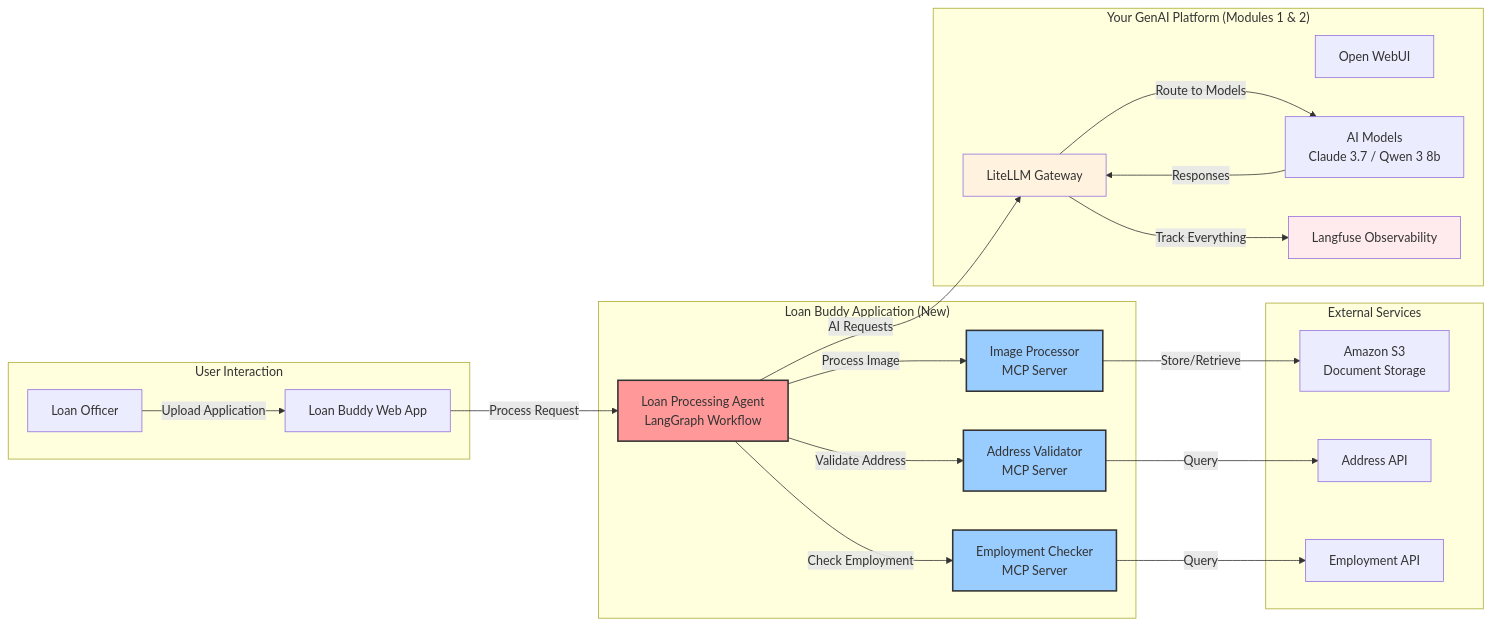
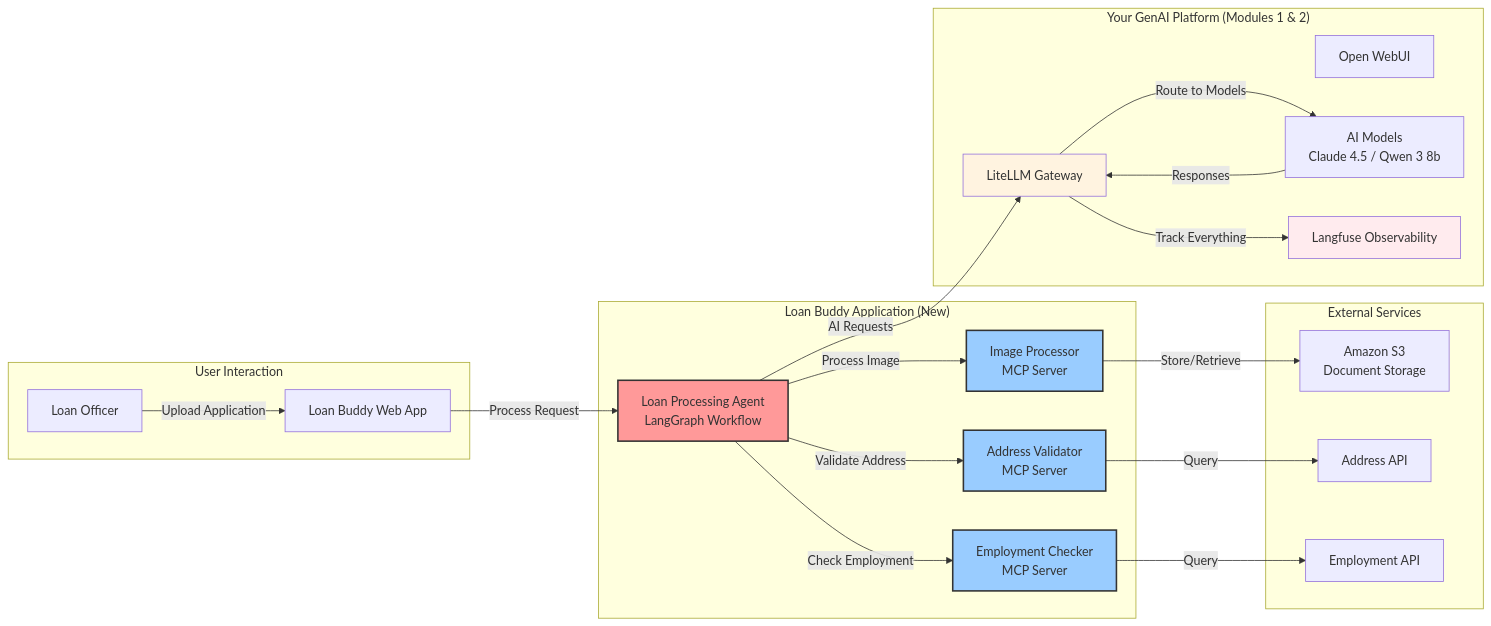
One commit to aws-samples/sample-genai-on-eks-starter-kit changed the diagram in workshops/eks-genai-workshop/content/module3-genai-applications/index.en.md. Above: the diagram before and after it, drawn with Mermaid. The commit also changed other lines of this file and 26 other files, not shown here.

````diff
--- a/workshops/eks-genai-workshop/content/module3-genai-applications/index.en.md
+++ b/workshops/eks-genai-workshop/content/module3-genai-applications/index.en.md
@@ -26,50 +26,50 @@
 ```mermaid
 graph LR
     subgraph "User Interaction"
         USER[Loan Officer]
         APP[Loan Buddy Web App]
     end
     
     subgraph "Your GenAI Platform (Modules 1 & 2)"
         UI[Open WebUI]
         GATEWAY[LiteLLM Gateway]
-        MODELS[AI Models<br/>Claude 3.7 / Qwen 3 8b]
+        MODELS[AI Models<br/>Claude 4.5 / Qwen 3 8b]
         OBS[Langfuse Observability]
     end
     
     subgraph "Loan Buddy Application (New)"
         AGENT[Loan Processing Agent<br/>LangGraph Workflow]
         MCP1[Address Validator<br/>MCP Server]
         MCP2[Employment Checker<br/>MCP Server]
         MCP3[Image Processor<br/>MCP Server]
     end
     
     subgraph "External Services"
         S3[Amazon S3<br/>Document Storage]
         ADDR[Address API]
         EMP[Employment API]
     end
     
     USER -->|Upload Application| APP
     APP -->|Process Request| AGENT
     
     AGENT -->|AI Requests| GATEWAY
     GATEWAY -->|Route to Models| MODELS
     MODELS -->|Responses| GATEWAY
     GATEWAY -->|Track Everything| OBS
     
     AGENT -->|Validate Address| MCP1
     AGENT -->|Check Employment| MCP2
     AGENT -->|Process Image| MCP3
     
     MCP1 -->|Query| ADDR
     MCP2 -->|Query| EMP
     MCP3 -->|Store/Retrieve| S3
     
     style AGENT fill:#ff9999,stroke:#333,stroke-width:2px
     style MCP1 fill:#99ccff,stroke:#333,stroke-width:2px
     style MCP2 fill:#99ccff,stroke:#333,stroke-width:2px
     style MCP3 fill:#99ccff,stroke:#333,stroke-width:2px
     style GATEWAY fill:#fff3e0
     style OBS fill:#ffebee
 ```
````
